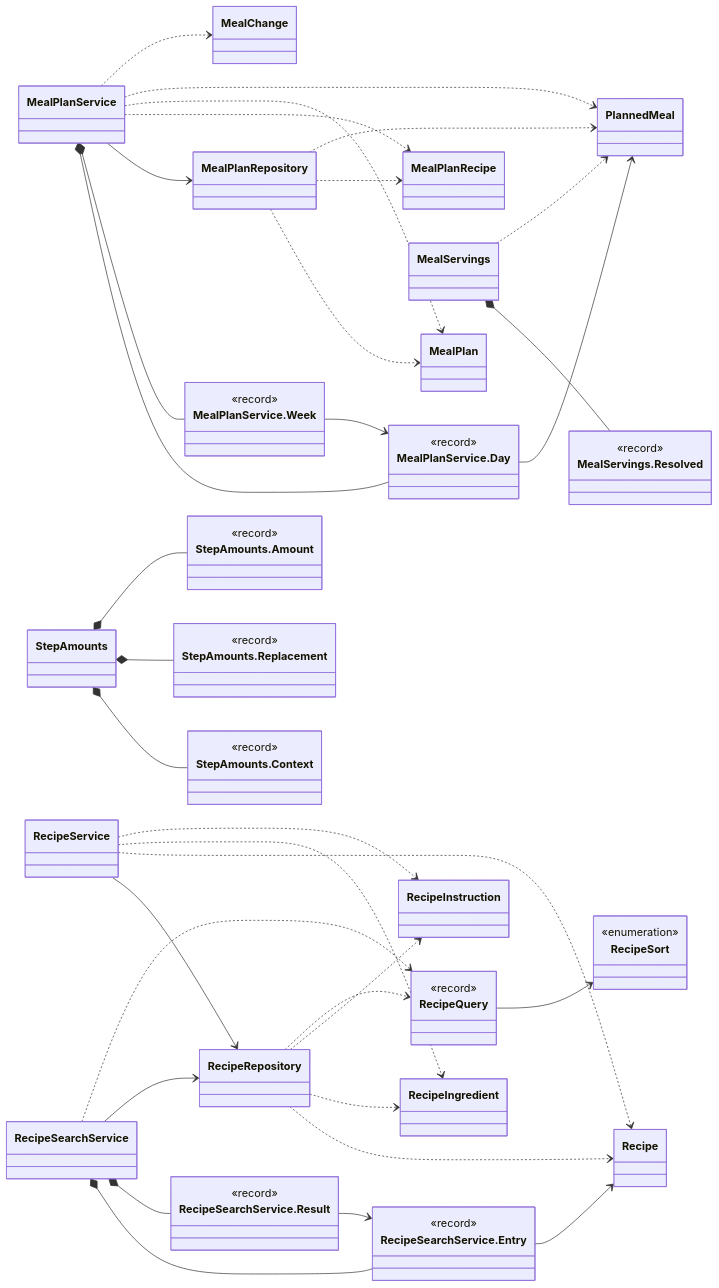
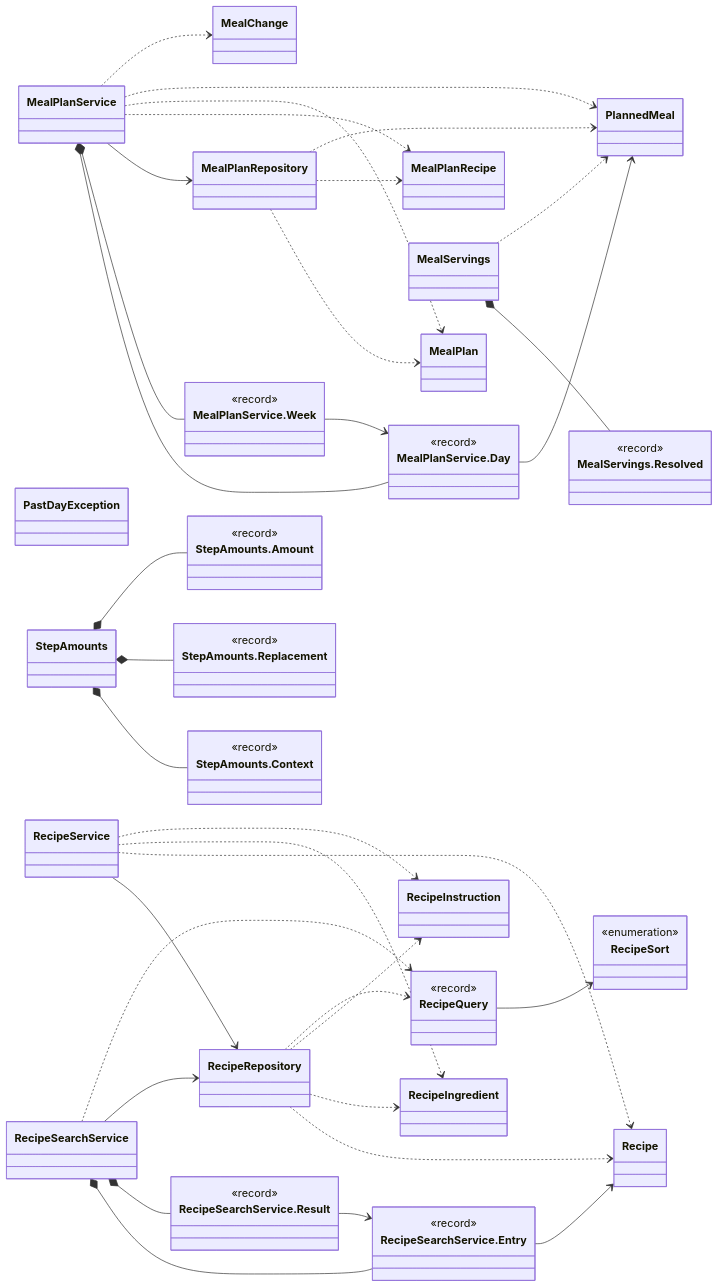
One commit to Nate-ryan-7690/dahaem changed the first of 26 diagrams in docs/classes/mealplanner.md. Above: the diagram before and after it, drawn with Mermaid. The commit also changed other lines of this file and 4 other files, not shown here.

````diff
--- a/docs/classes/mealplanner.md
+++ b/docs/classes/mealplanner.md
@@ -11,80 +11,81 @@
 ```mermaid
 classDiagram
     direction LR
     class mealplanner_MealChange["MealChange"]
     class mealplanner_MealPlan["MealPlan"]
     class mealplanner_MealPlanRecipe["MealPlanRecipe"]
     class mealplanner_MealPlanRepository["MealPlanRepository"]
     class mealplanner_MealPlanService["MealPlanService"]
     class mealplanner_MealPlanService_Day["MealPlanService.Day"] {
         <<record>>
     }
     class mealplanner_MealPlanService_Week["MealPlanService.Week"] {
         <<record>>
     }
     class mealplanner_MealServings["MealServings"]
     class mealplanner_MealServings_Resolved["MealServings.Resolved"] {
         <<record>>
     }
+    class mealplanner_PastDayException["PastDayException"]
     class mealplanner_PlannedMeal["PlannedMeal"]
     class mealplanner_Recipe["Recipe"]
     class mealplanner_RecipeIngredient["RecipeIngredient"]
     class mealplanner_RecipeInstruction["RecipeInstruction"]
     class mealplanner_RecipeQuery["RecipeQuery"] {
         <<record>>
     }
     class mealplanner_RecipeRepository["RecipeRepository"]
     class mealplanner_RecipeSearchService["RecipeSearchService"]
     class mealplanner_RecipeSearchService_Entry["RecipeSearchService.Entry"] {
         <<record>>
     }
     class mealplanner_RecipeSearchService_Result["RecipeSearchService.Result"] {
         <<record>>
     }
     class mealplanner_RecipeService["RecipeService"]
     class mealplanner_RecipeSort["RecipeSort"] {
         <<enumeration>>
     }
     class mealplanner_StepAmounts["StepAmounts"]
     class mealplanner_StepAmounts_Context["StepAmounts.Context"] {
         <<record>>
     }
     class mealplanner_StepAmounts_Replacement["StepAmounts.Replacement"] {
         <<record>>
     }
     class mealplanner_StepAmounts_Amount["StepAmounts.Amount"] {
         <<record>>
     }
     mealplanner_MealPlanRepository ..> mealplanner_MealPlan
     mealplanner_MealPlanRepository ..> mealplanner_MealPlanRecipe
     mealplanner_MealPlanRepository ..> mealplanner_PlannedMeal
     mealplanner_MealPlanService *-- mealplanner_MealPlanService_Day
     mealplanner_MealPlanService *-- mealplanner_MealPlanService_Week
     mealplanner_MealPlanService --> mealplanner_MealPlanRepository
     mealplanner_MealPlanService ..> mealplanner_MealPlanRecipe
     mealplanner_MealPlanService ..> mealplanner_MealPlan
     mealplanner_MealPlanService ..> mealplanner_PlannedMeal
     mealplanner_MealPlanService ..> mealplanner_MealChange
     mealplanner_MealPlanService_Day --> mealplanner_PlannedMeal
     mealplanner_MealPlanService_Week --> mealplanner_MealPlanService_Day
     mealplanner_MealServings *-- mealplanner_MealServings_Resolved
     mealplanner_MealServings ..> mealplanner_PlannedMeal
     mealplanner_RecipeQuery --> mealplanner_RecipeSort
     mealplanner_RecipeRepository ..> mealplanner_Recipe
     mealplanner_RecipeRepository ..> mealplanner_RecipeIngredient
     mealplanner_RecipeRepository ..> mealplanner_RecipeInstruction
     mealplanner_RecipeRepository ..> mealplanner_RecipeQuery
     mealplanner_RecipeSearchService *-- mealplanner_RecipeSearchService_Entry
     mealplanner_RecipeSearchService *-- mealplanner_RecipeSearchService_Result
     mealplanner_RecipeSearchService --> mealplanner_RecipeRepository
     mealplanner_RecipeSearchService ..> mealplanner_RecipeQuery
     mealplanner_RecipeSearchService_Entry --> mealplanner_Recipe
     mealplanner_RecipeSearchService_Result --> mealplanner_RecipeSearchService_Entry
     mealplanner_RecipeService --> mealplanner_RecipeRepository
     mealplanner_RecipeService ..> mealplanner_Recipe
     mealplanner_RecipeService ..> mealplanner_RecipeIngredient
     mealplanner_RecipeService ..> mealplanner_RecipeInstruction
     mealplanner_StepAmounts *-- mealplanner_StepAmounts_Context
     mealplanner_StepAmounts *-- mealplanner_StepAmounts_Replacement
     mealplanner_StepAmounts *-- mealplanner_StepAmounts_Amount
 ```
````
